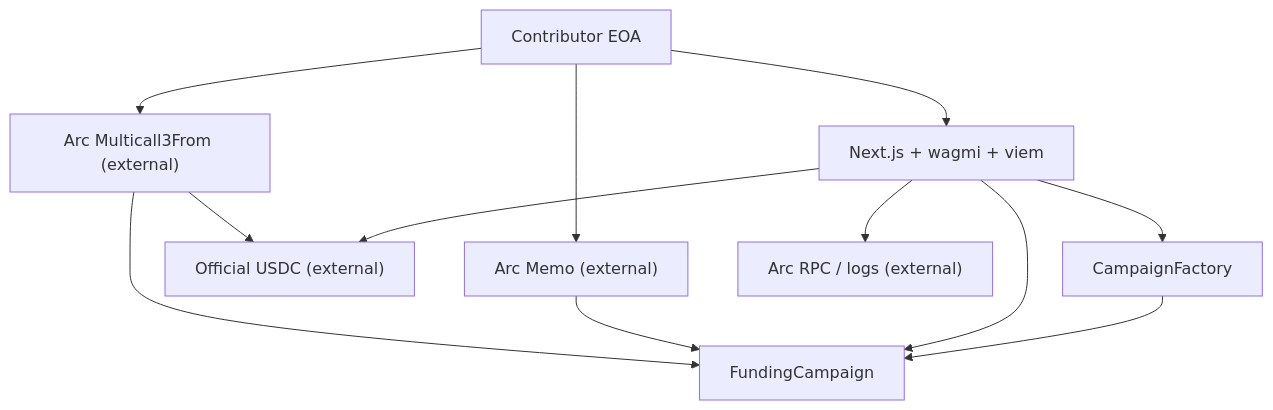
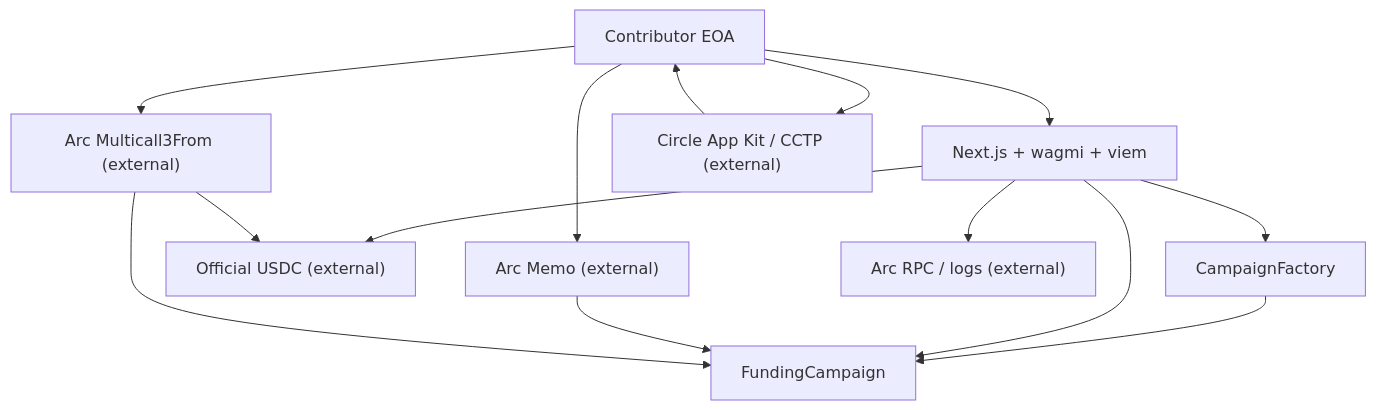
One commit to Bela1401/fundspring changed the diagram in docs/architecture.md. Above: the diagram before and after it, drawn with Mermaid. The commit also changed other lines of this file and 34 other files, not shown here.

Commit message:
feat: production-harden FundSpring Arc flows

````diff
--- a/docs/architecture.md
+++ b/docs/architecture.md
@@ -10,23 +10,26 @@
 ```mermaid
 flowchart TB
   Wallet["Contributor EOA"]
   Frontend["Next.js + wagmi + viem"]
   Factory["CampaignFactory"]
   Campaign["FundingCampaign"]
   USDC["Official USDC (external)"]
   Memo["Arc Memo (external)"]
   Batch["Arc Multicall3From (external)"]
+  AppKit["Circle App Kit / CCTP (external)"]
   RPC["Arc RPC / logs (external)"]
 
   Wallet --> Frontend
   Frontend --> Factory
   Factory --> Campaign
   Frontend --> Campaign
   Frontend --> USDC
   Wallet --> Memo
   Memo --> Campaign
   Wallet --> Batch
   Batch --> USDC
   Batch --> Campaign
   Frontend --> RPC
+  Wallet --> AppKit
+  AppKit --> Wallet
 ```
````
